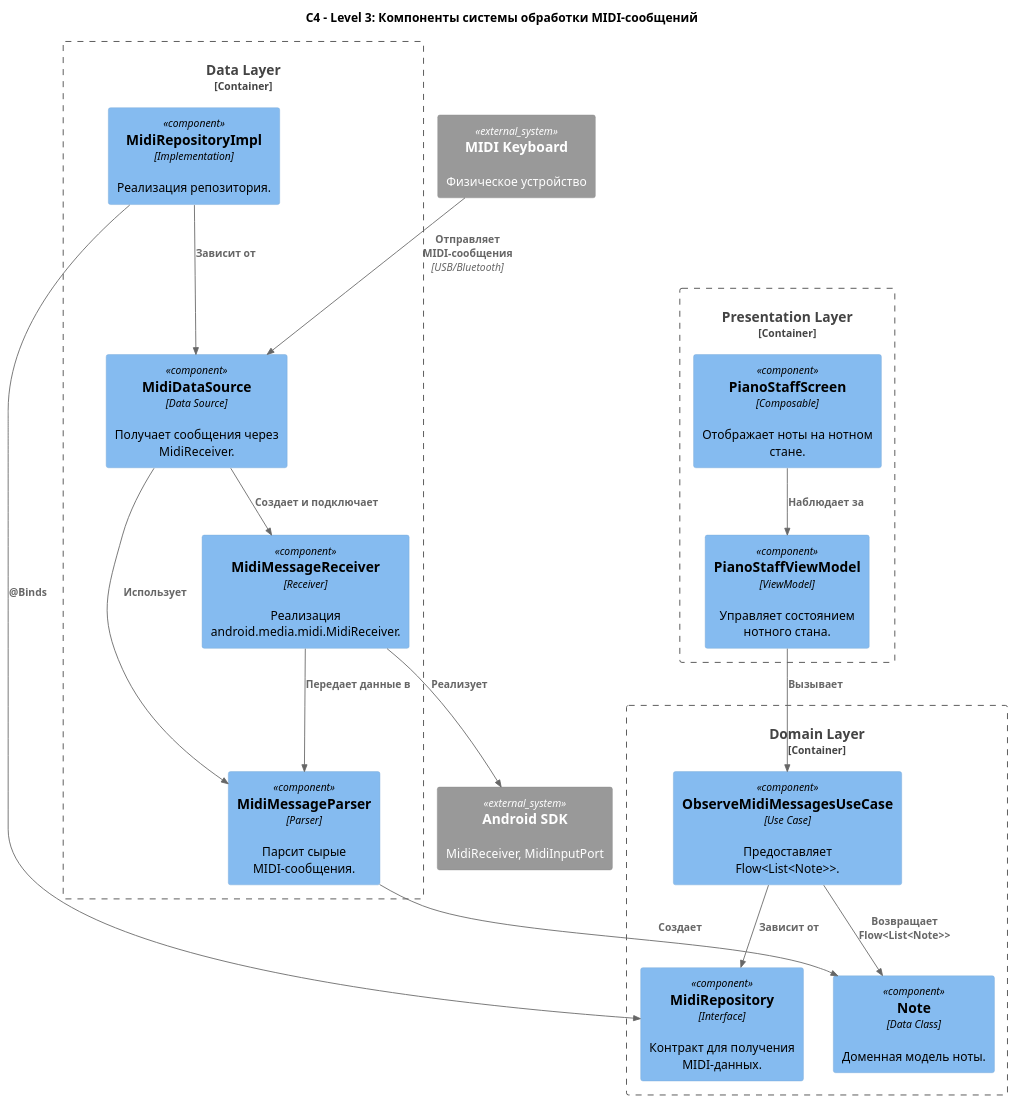
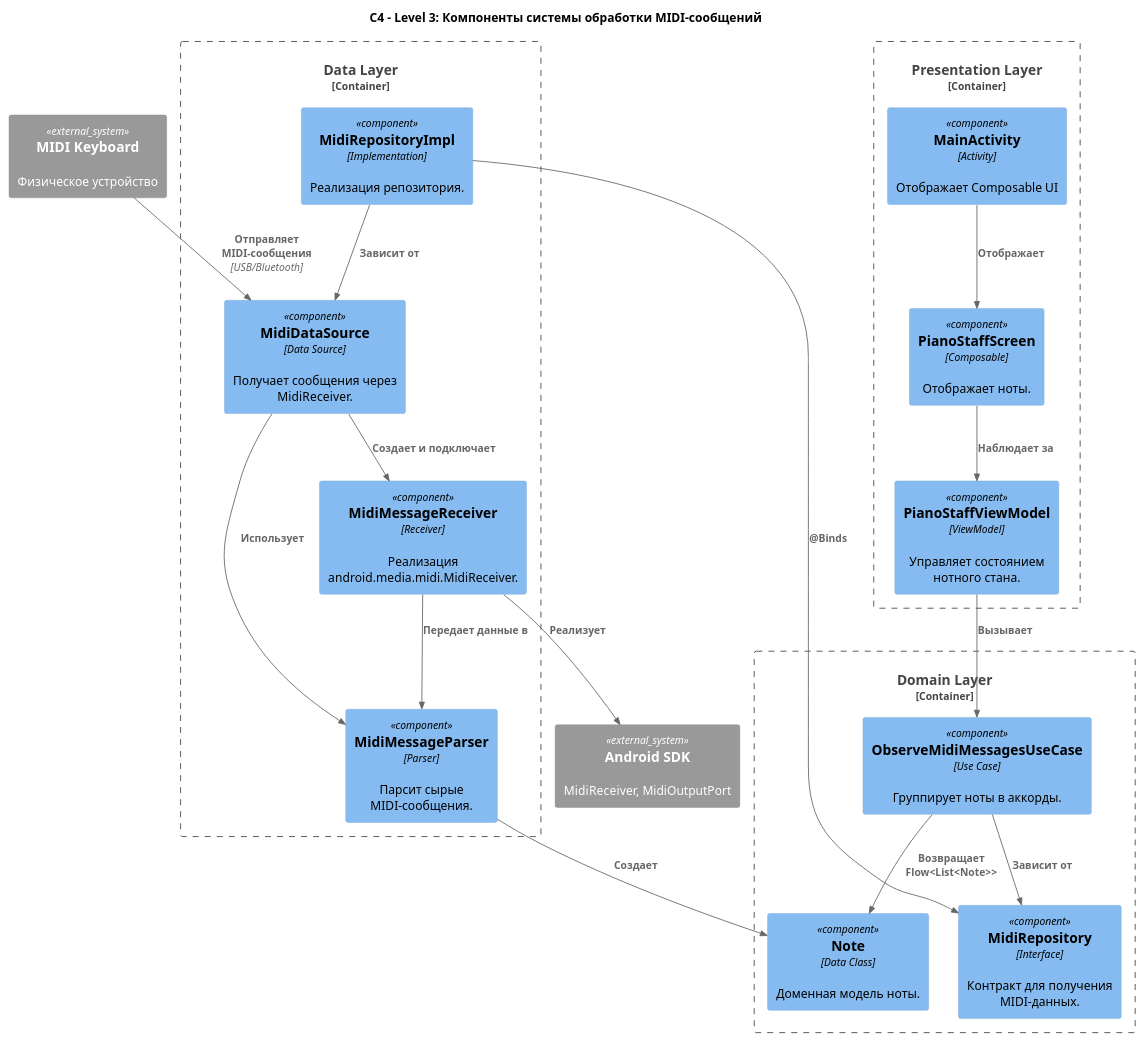
One commit to astrizhachuk/PianoFlow changed the first of 2 diagrams in docs/ts/MIDI_MESSAGE_PROCESSING.md. Above: the diagram before and after it, drawn with PlantUML. The commit also changed other lines of this file and 5 other files, not shown here.

````diff
--- a/docs/ts/MIDI_MESSAGE_PROCESSING.md
+++ b/docs/ts/MIDI_MESSAGE_PROCESSING.md
@@ -35,47 +37,49 @@
 ```plantuml
 @startuml
 !include https://raw.githubusercontent.com/plantuml-stdlib/C4-PlantUML/master/C4_Component.puml
 
 title C4 - Level 3: Компоненты системы обработки MIDI-сообщений
 
 System_Ext(midi_device, "MIDI Keyboard", "Физическое устройство")
-System_Ext(android_sdk, "Android SDK", "MidiReceiver, MidiInputPort")
+System_Ext(android_sdk, "Android SDK", "MidiReceiver, MidiOutputPort")
 
 Container_Boundary(presentation, "Presentation Layer") {
+    Component(activity, "MainActivity", "Activity", "Отображает Composable UI")
     Component(vm, "PianoStaffViewModel", "ViewModel", "Управляет состоянием нотного стана.")
-    Component(screen, "PianoStaffScreen", "Composable", "Отображает ноты на нотном стане.")
+    Component(screen, "PianoStaffScreen", "Composable", "Отображает ноты.")
 }
 
 Container_Boundary(domain, "Domain Layer") {
-    Component(observe_uc, "ObserveMidiMessagesUseCase", "Use Case", "Предоставляет Flow<List<Note>>.")
+    Component(observe_uc, "ObserveMidiMessagesUseCase", "Use Case", "Группирует ноты в аккорды.")
     Component(repo, "MidiRepository", "Interface", "Контракт для получения MIDI-данных.")
     Component(note, "Note", "Data Class", "Доменная модель ноты.")
 }
 
 Container_Boundary(data, "Data Layer") {
     Component(repo_impl, "MidiRepositoryImpl", "Implementation", "Реализация репозитория.")
     Component(ds, "MidiDataSource", "Data Source", "Получает сообщения через MidiReceiver.")
     Component(parser, "MidiMessageParser", "Parser", "Парсит сырые MIDI-сообщения.")
     Component(receiver, "MidiMessageReceiver", "Receiver", "Реализация android.media.midi.MidiReceiver.")
 }
 
 ' Связи
+Rel(activity, screen, "Отображает")
 Rel(screen, vm, "Наблюдает за")
 Rel(vm, observe_uc, "Вызывает")
 Rel(observe_uc, repo, "Зависит от")
 
 Rel(repo_impl, repo, "@Binds")
 Rel(repo_impl, ds, "Зависит от")
 
 Rel(ds, parser, "Использует")
 Rel(ds, receiver, "Создает и подключает")
 Rel(receiver, android_sdk, "Реализует")
 Rel(receiver, parser, "Передает данные в")
 
 Rel(midi_device, ds, "Отправляет MIDI-сообщения", "USB/Bluetooth")
 
 Rel(observe_uc, note, "Возвращает Flow<List<Note>>")
 Rel(parser, note, "Создает")
 
 @enduml
 ```
````
